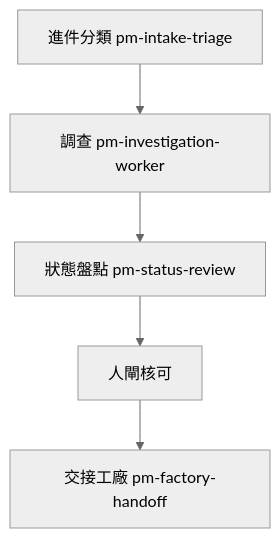
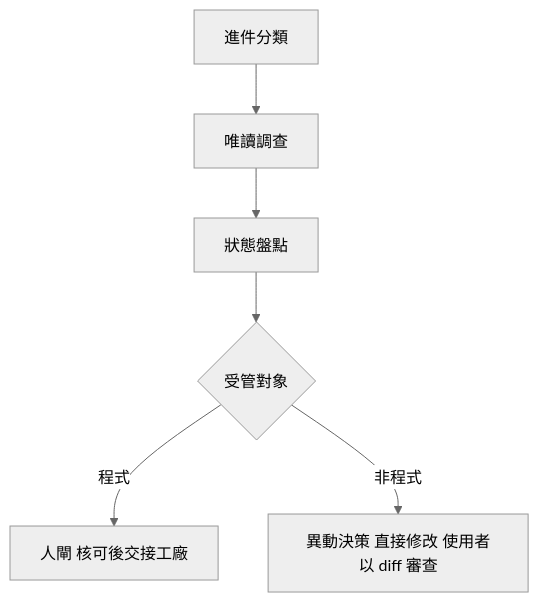
Before and after one commit to nekojuice/.agents: the second of 2 diagrams in README.md, drawn with Mermaid (neutral theme). The commit also changed other lines of this file, not shown here.

````diff
--- a/README.md
+++ b/README.md
@@ -61,7 +76,8 @@
 ```mermaid
 flowchart TD
-  A[進件分類 pm-intake-triage] --> B[調查 pm-investigation-worker]
-  B --> C[狀態盤點 pm-status-review]
-  C --> D[人閘核可]
-  D --> E[交接工廠 pm-factory-handoff]
+  A[進件分類] --> B[唯讀調查]
+  B --> C[狀態盤點]
+  C --> D{受管對象}
+  D -- 程式 --> E[人閘 核可後交接工廠]
+  D -- 非程式 --> F[異動決策 直接修改 使用者以 diff 審查]
 ```
````
